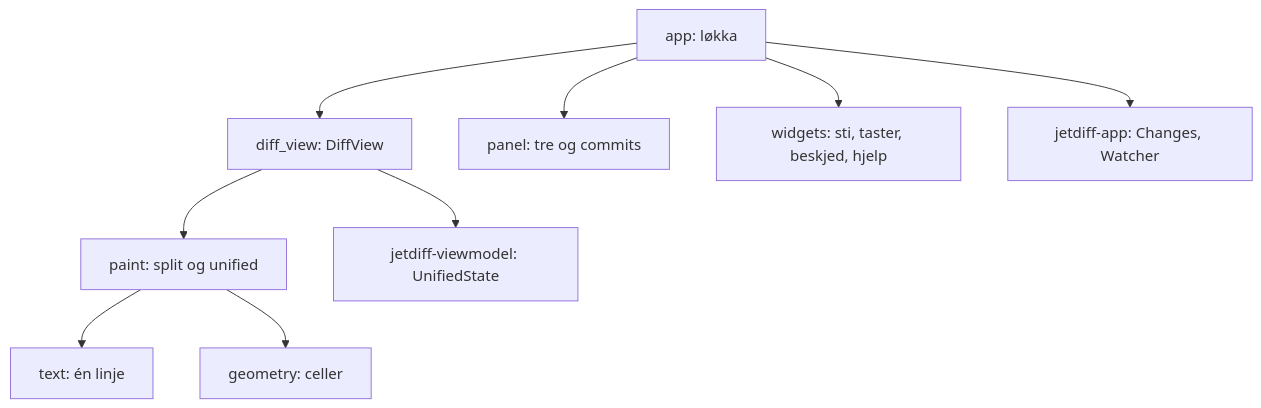
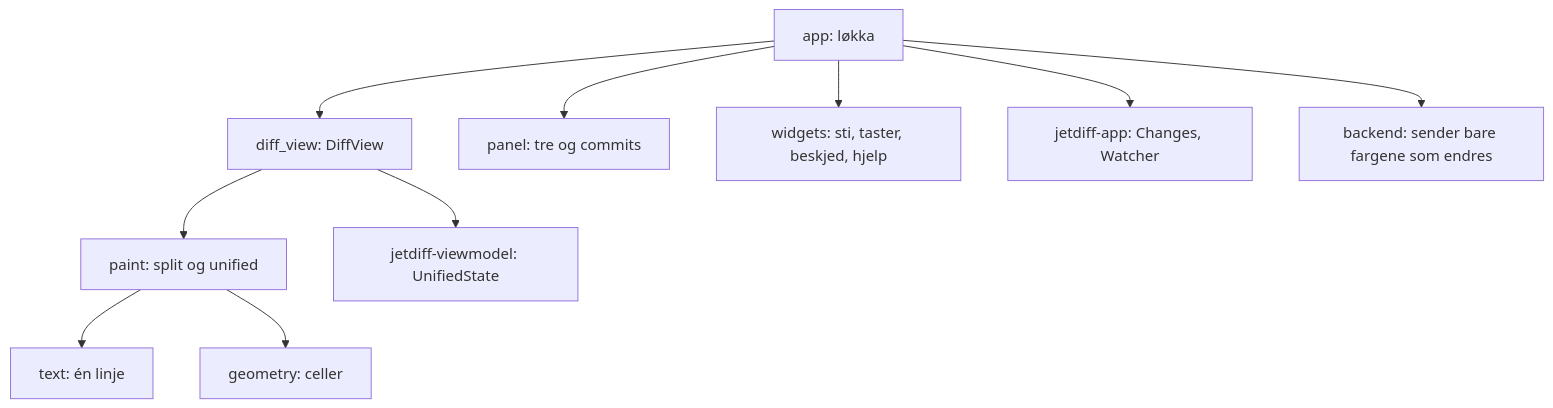
The diagram in crates/jetdiff-tui/README.md (akemkers/jetdiff), drawn with Mermaid before and after one commit. The commit also changed other lines of this file and 20 other files, not shown here.

````diff
--- a/crates/jetdiff-tui/README.md
+++ b/crates/jetdiff-tui/README.md
@@ -29,11 +29,12 @@
 ```mermaid
 graph TD
     app[app: løkka] --> diff[diff_view: DiffView]
     app --> panel[panel: tre og commits]
     app --> widgets[widgets: sti, taster, beskjed, hjelp]
     app --> changes[jetdiff-app: Changes, Watcher]
+    app --> backend[backend: sender bare fargene som endres]
     diff --> paint[paint: split og unified]
     paint --> text[text: én linje]
     paint --> geometry[geometry: celler]
     diff --> state[jetdiff-viewmodel: UnifiedState]
 ```
````
